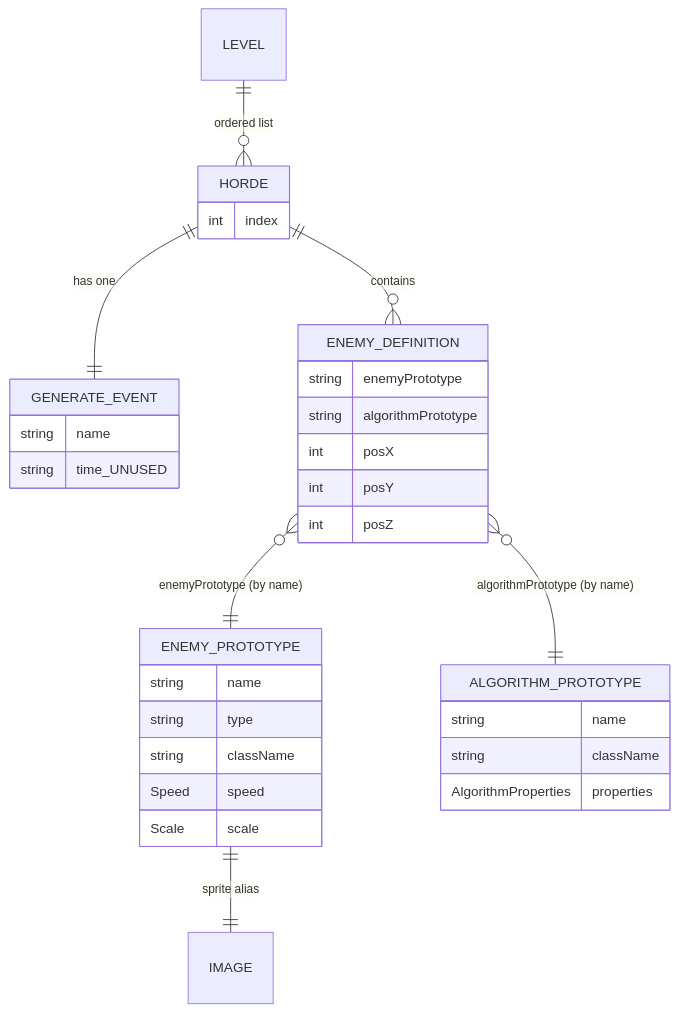
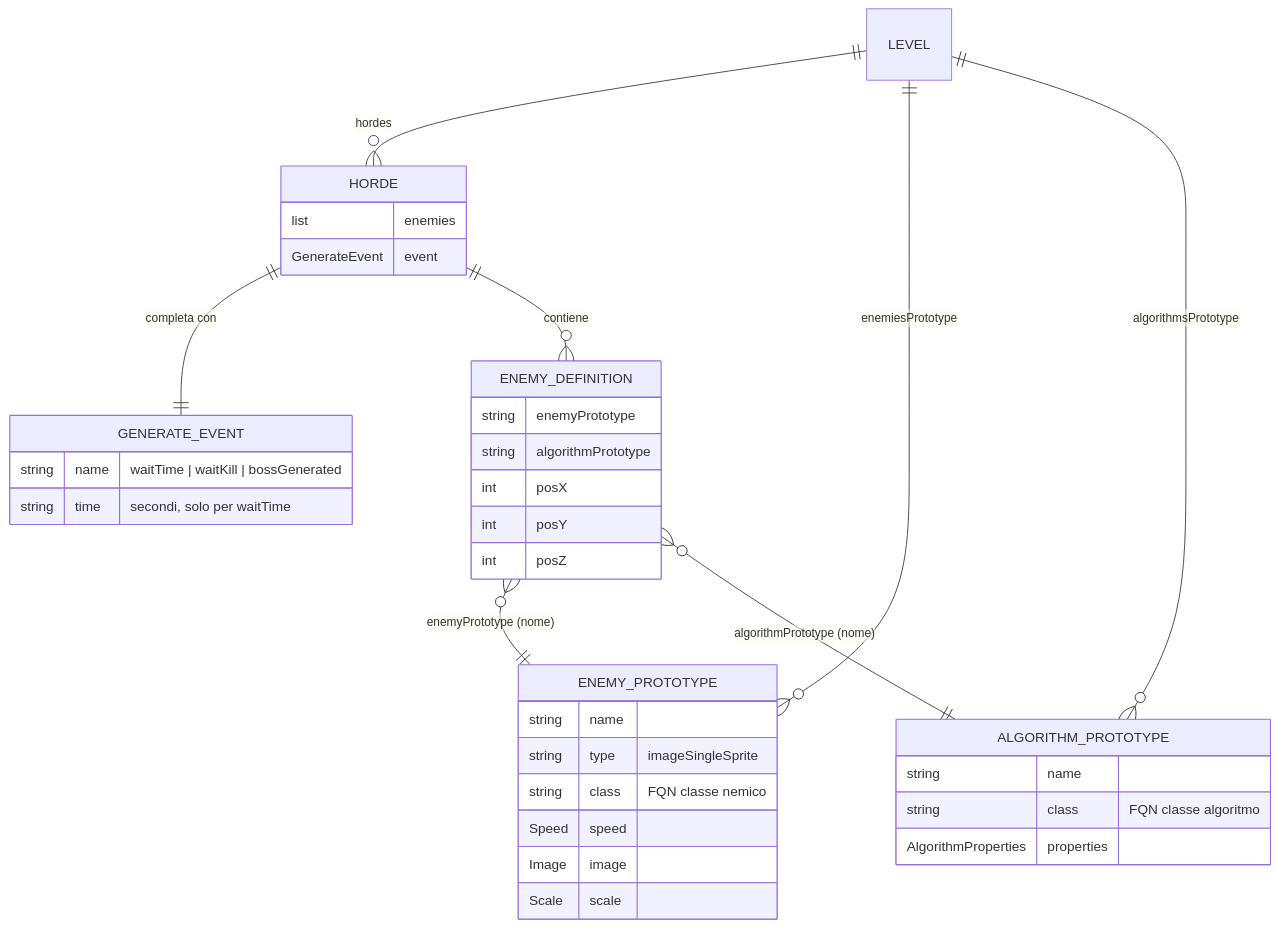
Before and after one commit to alesky78/TigerSupply: the sixth of 7 diagrams in documentation/subsystems/enemy-spawn-lifecycle/index.md, drawn with Mermaid. The commit also changed other lines of this file and 11 other files, not shown here.

````diff
--- a/documentation/subsystems/enemy-spawn-lifecycle/index.md
+++ b/documentation/subsystems/enemy-spawn-lifecycle/index.md
@@ -196,34 +296,39 @@
 ```mermaid
 erDiagram
-    LEVEL ||--o{ HORDE : "ordered list"
-    HORDE ||--|| GENERATE_EVENT : "has one"
-    HORDE ||--o{ ENEMY_DEFINITION : "contains"
-    ENEMY_DEFINITION }o--|| ENEMY_PROTOTYPE : "enemyPrototype (by name)"
-    ENEMY_DEFINITION }o--|| ALGORITHM_PROTOTYPE : "algorithmPrototype (by name)"
-    ENEMY_PROTOTYPE ||--|| IMAGE : "sprite alias"
+    LEVEL ||--o{ HORDE : "hordes"
+    LEVEL ||--o{ ENEMY_PROTOTYPE : "enemiesPrototype"
+    LEVEL ||--o{ ALGORITHM_PROTOTYPE : "algorithmsPrototype"
+    HORDE ||--|| GENERATE_EVENT : "completa con"
+    HORDE ||--o{ ENEMY_DEFINITION : "contiene"
+    ENEMY_DEFINITION }o--|| ENEMY_PROTOTYPE : "enemyPrototype (nome)"
+    ENEMY_DEFINITION }o--|| ALGORITHM_PROTOTYPE : "algorithmPrototype (nome)"
 
-    HORDE { int index }
+    HORDE {
+        list enemies
+        GenerateEvent event
+    }
     GENERATE_EVENT {
-        string name
-        string time_UNUSED
+        string name "waitTime | waitKill | bossGenerated"
+        string time "secondi, solo per waitTime"
     }
     ENEMY_DEFINITION {
         string enemyPrototype
         string algorithmPrototype
         int posX
         int posY
         int posZ
     }
     ENEMY_PROTOTYPE {
         string name
-        string type
-        string className
+        string type "imageSingleSprite"
+        string class "FQN classe nemico"
         Speed speed
+        Image image
         Scale scale
     }
     ALGORITHM_PROTOTYPE {
         string name
-        string className
+        string class "FQN classe algoritmo"
         AlgorithmProperties properties
     }
 ```
````
